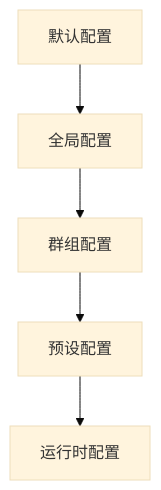
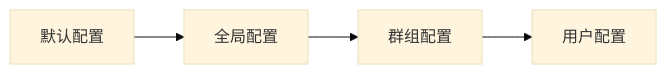
One commit to XxxXTeam/ChatAI-Plugin-Does changed the diagram in config/advanced.md. Above: the diagram before and after it, drawn with Mermaid (base theme). The commit also changed other lines of this file and 71 other files, not shown here.

````diff
--- a/config/advanced.md
+++ b/config/advanced.md
@@ -13,7 +9,6 @@
 ```mermaid
-graph TB
-    A["默认配置"] --> B["全局配置"]
-    B --> C["群组配置"]
-    C --> D["预设配置"]
-    D --> E["运行时配置"]
+flowchart LR
+    A[默认配置] --> B[全局配置]
+    B --> C[群组配置]
+    C --> D[用户配置]
 ```
````
